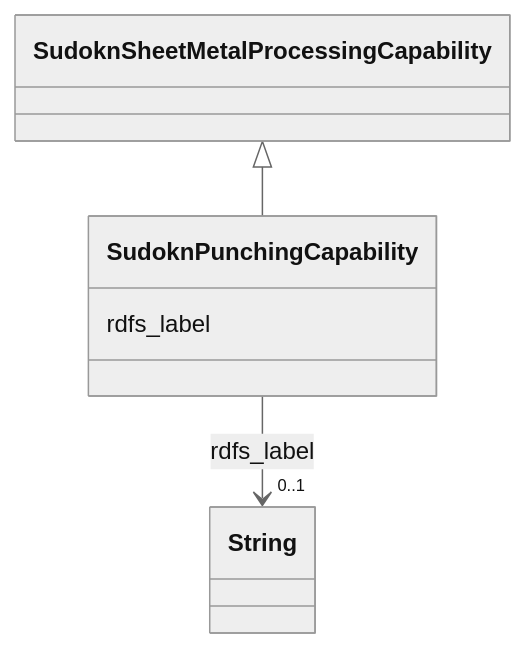
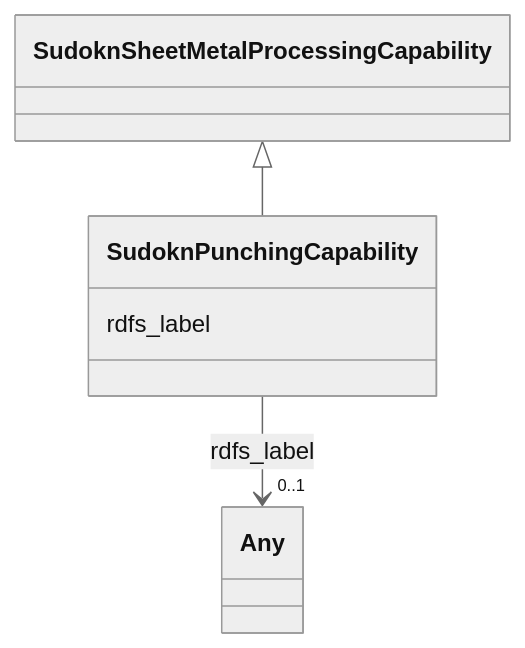
One commit to frink-okn/graph-descriptions changed the diagram in sudokn-kg/classes/SudoknPunchingCapability.md. Above: the diagram before and after it, drawn with Mermaid (neutral theme). The commit also changed other lines of this file and 903 other files, not shown here.

````diff
--- a/sudokn-kg/classes/SudoknPunchingCapability.md
+++ b/sudokn-kg/classes/SudoknPunchingCapability.md
@@ -23,18 +18,18 @@
 ```mermaid
  classDiagram
     class SudoknPunchingCapability
     click SudoknPunchingCapability href "../SudoknPunchingCapability"
       SudoknSheetMetalProcessingCapability <|-- SudoknPunchingCapability
         click SudoknSheetMetalProcessingCapability href "../SudoknSheetMetalProcessingCapability"
       
       SudoknPunchingCapability : rdfs_label
         
           
     
     
-    SudoknPunchingCapability --> "0..1" String : rdfs_label
-    click String href "../String"
+    SudoknPunchingCapability --> "0..1" Any : rdfs_label
+    click Any href "../Any"
 
         
       
 ```
````
